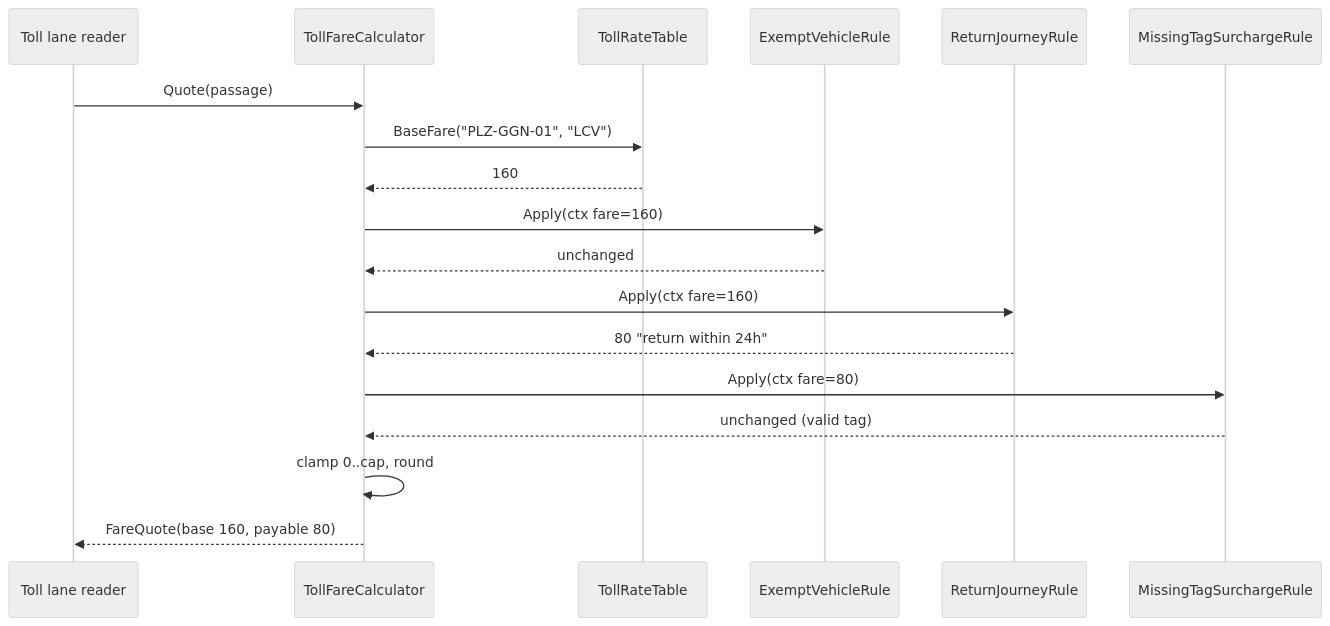
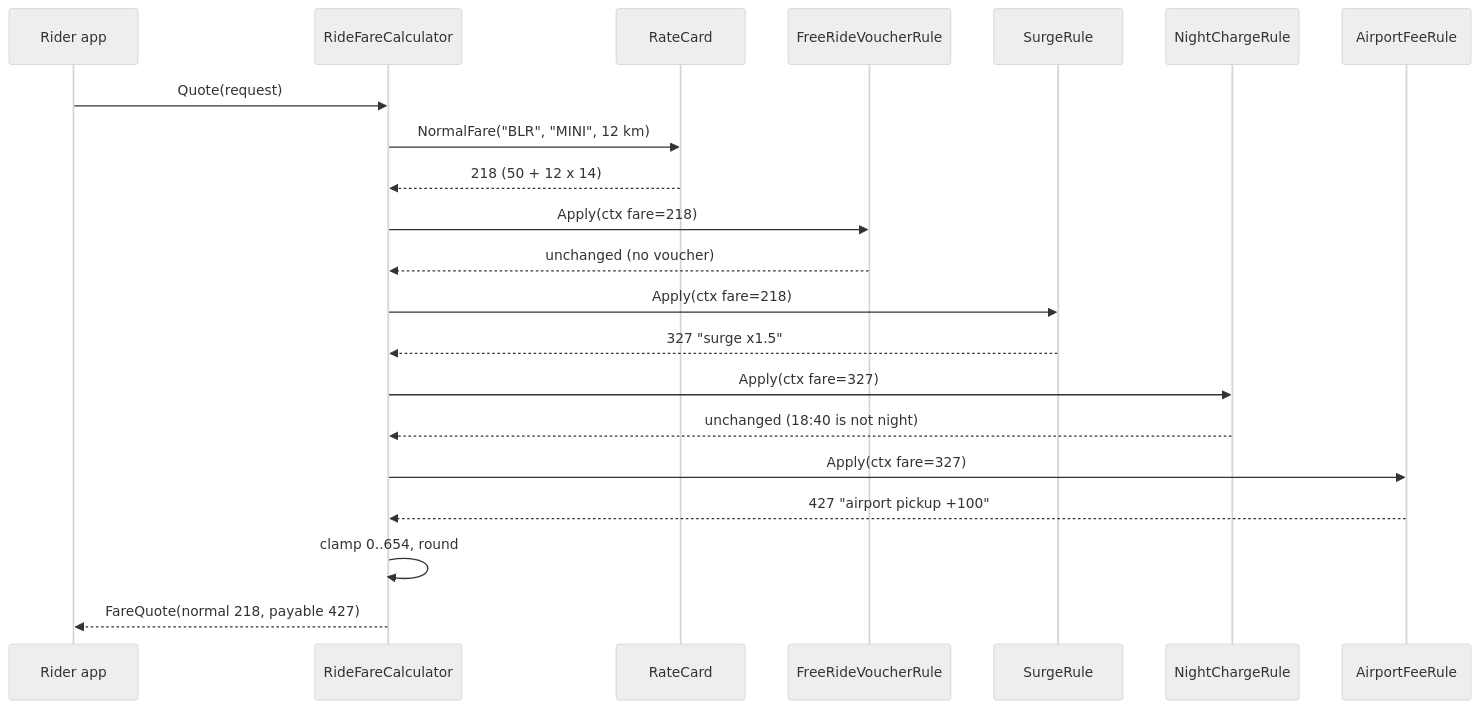
One commit to rizwi0786/system-design-lab changed the second of 3 diagrams in content/lessons/m04/m04-ocp.md. Above: the diagram before and after it, drawn with Mermaid (neutral theme). The commit also changed other lines of this file and 334 other files, not shown here.

````diff
--- a/content/lessons/m04/m04-ocp.md
+++ b/content/lessons/m04/m04-ocp.md
@@ -161,20 +169,23 @@
 ```mermaid
 sequenceDiagram
-    participant Lane as Toll lane reader
-    participant Calc as TollFareCalculator
-    participant Rates as TollRateTable
-    participant R1 as ExemptVehicleRule
-    participant R2 as ReturnJourneyRule
-    participant R3 as MissingTagSurchargeRule
-    Lane->>Calc: Quote(passage)
-    Calc->>Rates: BaseFare("PLZ-GGN-01", "LCV")
-    Rates-->>Calc: 160
-    Calc->>R1: Apply(ctx fare=160)
-    R1-->>Calc: unchanged
-    Calc->>R2: Apply(ctx fare=160)
-    R2-->>Calc: 80 "return within 24h"
-    Calc->>R3: Apply(ctx fare=80)
-    R3-->>Calc: unchanged (valid tag)
-    Calc->>Calc: clamp 0..cap, round
-    Calc-->>Lane: FareQuote(base 160, payable 80)
+    participant App as Rider app
+    participant Calc as RideFareCalculator
+    participant Rates as RateCard
+    participant R1 as FreeRideVoucherRule
+    participant R2 as SurgeRule
+    participant R3 as NightChargeRule
+    participant R4 as AirportFeeRule
+    App->>Calc: Quote(request)
+    Calc->>Rates: NormalFare("BLR", "MINI", 12 km)
+    Rates-->>Calc: 218 (50 + 12 x 14)
+    Calc->>R1: Apply(ctx fare=218)
+    R1-->>Calc: unchanged (no voucher)
+    Calc->>R2: Apply(ctx fare=218)
+    R2-->>Calc: 327 "surge x1.5"
+    Calc->>R3: Apply(ctx fare=327)
+    R3-->>Calc: unchanged (18:40 is not night)
+    Calc->>R4: Apply(ctx fare=327)
+    R4-->>Calc: 427 "airport pickup +100"
+    Calc->>Calc: clamp 0..654, round
+    Calc-->>App: FareQuote(normal 218, payable 427)
 ```
````
